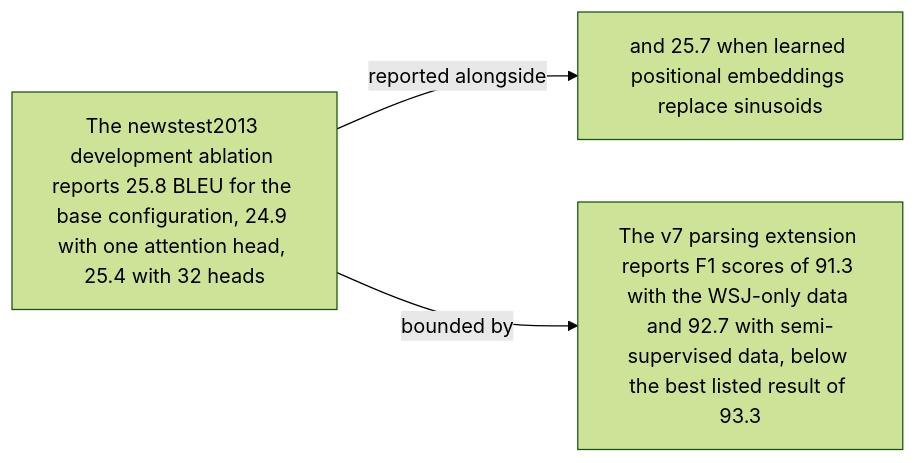
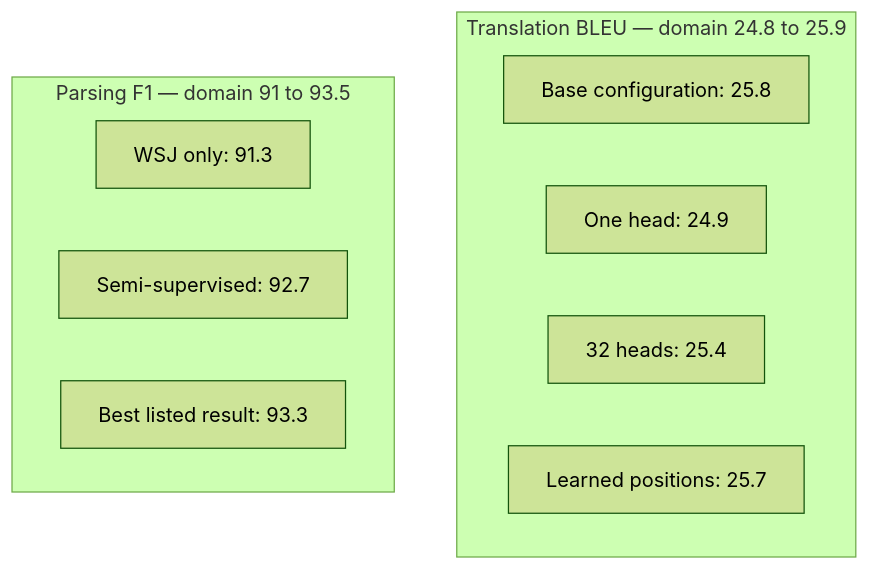
One commit to Betancourt1/paper_atlas changed diagram 34 of 54 in docs/visual-manifests/VISUAL_MANIFEST_ATTENTION_IS_ALL_YOU_NEED.md. Above: the diagram before and after it, drawn with Mermaid (forest theme). The commit also changed other lines of this file and 7 other files, not shown here.

````diff
--- a/docs/visual-manifests/VISUAL_MANIFEST_ATTENTION_IS_ALL_YOU_NEED.md
+++ b/docs/visual-manifests/VISUAL_MANIFEST_ATTENTION_IS_ALL_YOU_NEED.md
@@ -2775,8 +2745,14 @@
 ```mermaid
-flowchart LR
-  n1["The newstest2013 development ablation reports 25.8 BLEU for the base configuration, 24.9 with one attention head, 25.4 with 32 heads"]
-  n2["and 25.7 when learned positional embeddings replace sinusoids"]
-  n3["The v7 parsing extension reports F1 scores of 91.3 with the WSJ-only data and 92.7 with semi-supervised data, below the best listed result of 93.3"]
-  n1 -->|"reported alongside"| n2
-  n1 -->|"bounded by"| n3
+flowchart TB
+  subgraph g1["Translation BLEU — domain 24.8 to 25.9"]
+    g1r1["Base configuration: 25.8"]
+    g1r2["One head: 24.9"]
+    g1r3["32 heads: 25.4"]
+    g1r4["Learned positions: 25.7"]
+  end
+  subgraph g2["Parsing F1 — domain 91 to 93.5"]
+    g2r1["WSJ only: 91.3"]
+    g2r2["Semi-supervised: 92.7"]
+    g2r3["Best listed result: 93.3"]
+  end
 ```
````
